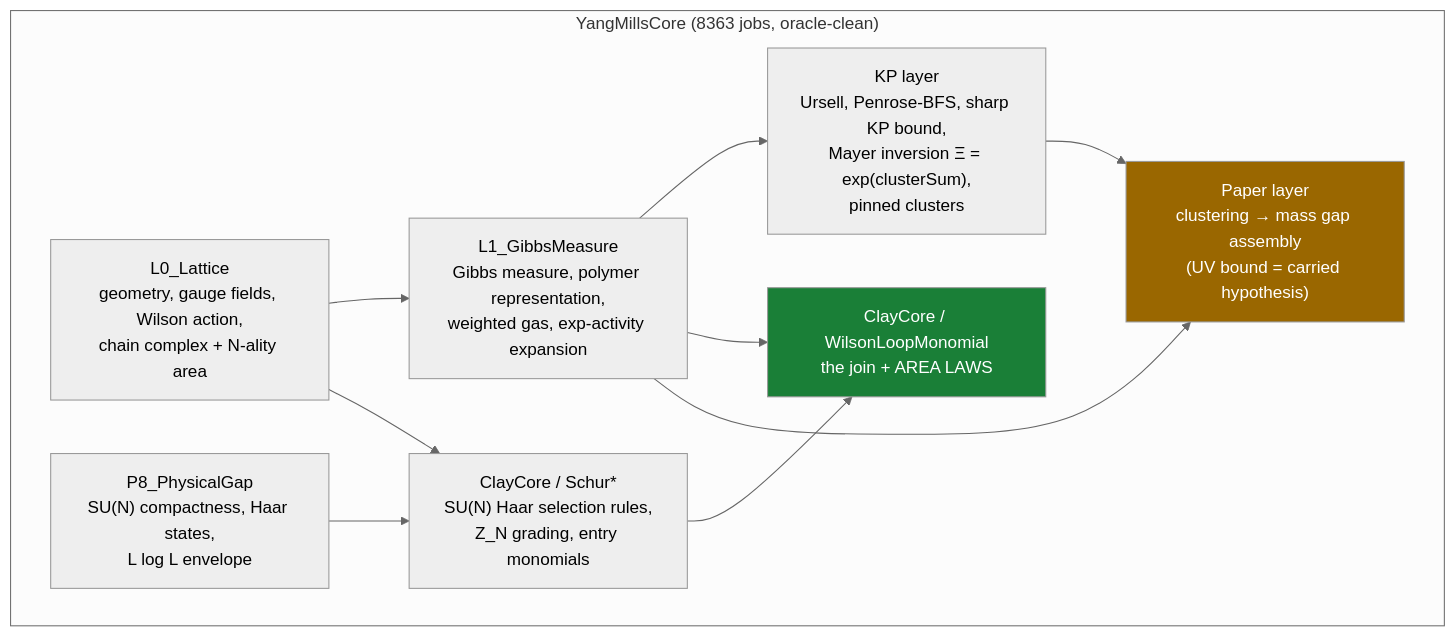
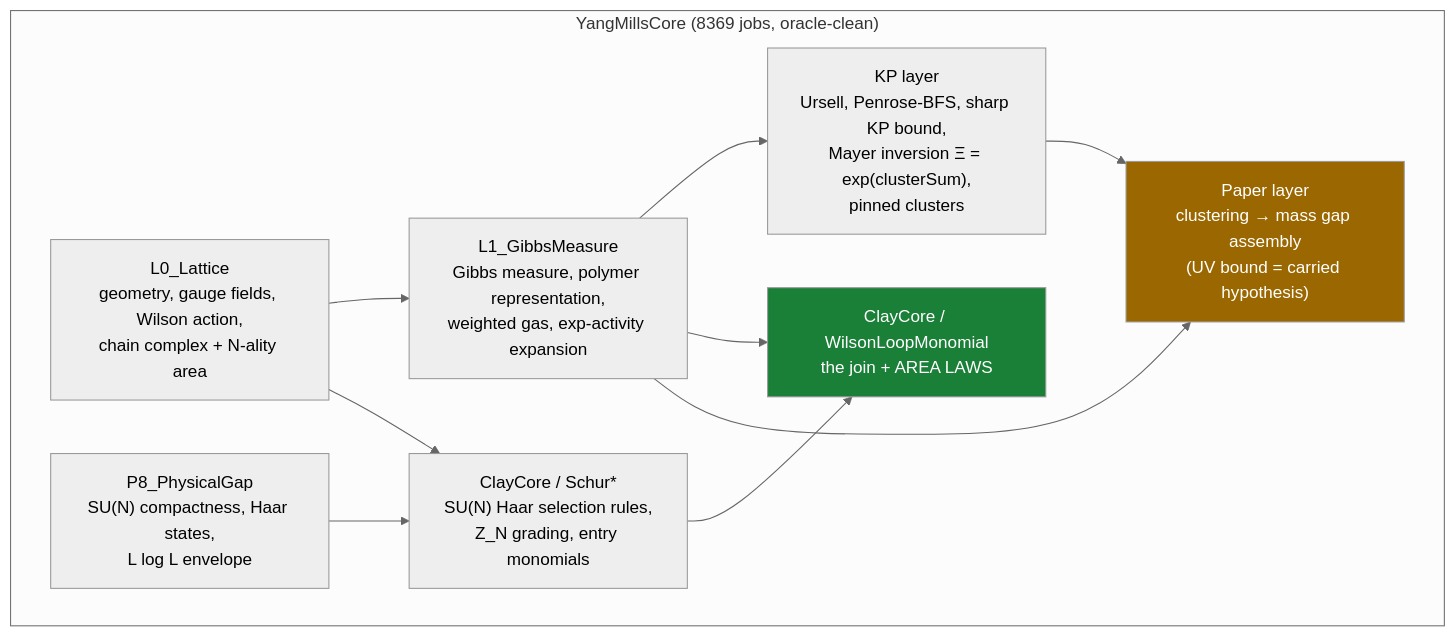
One commit to lluiseriksson/THE-ERIKSSON-PROGRAMME changed the diagram in README.md. Above: the diagram before and after it, drawn with Mermaid (neutral theme). The commit also changed other lines of this file and 14 other files, not shown here.

````diff
--- a/README.md
+++ b/README.md
@@ -319,20 +347,20 @@
 ```mermaid
 graph TD
-    subgraph core["YangMillsCore  (8363 jobs, oracle-clean)"]
+    subgraph core["YangMillsCore  (8369 jobs, oracle-clean)"]
         L0["L0_Lattice<br/>geometry, gauge fields, Wilson action,<br/>chain complex + N-ality area"]
         L1["L1_GibbsMeasure<br/>Gibbs measure, polymer representation,<br/>weighted gas, exp-activity expansion"]
         KP["KP layer<br/>Ursell, Penrose-BFS, sharp KP bound,<br/>Mayer inversion Ξ = exp(clusterSum),<br/>pinned clusters"]
         SCHUR["ClayCore / Schur*<br/>SU(N) Haar selection rules,<br/>Z_N grading, entry monomials"]
         WLM["ClayCore / WilsonLoopMonomial<br/>the join + AREA LAWS"]
         PAPER["Paper layer<br/>clustering → mass gap assembly<br/>(UV bound = carried hypothesis)"]
         P8["P8_PhysicalGap<br/>SU(N) compactness, Haar states,<br/>L log L envelope"]
     end
     L0 --> L1 --> KP
     L0 --> SCHUR --> WLM
     L1 --> WLM
     L1 --> PAPER
     KP --> PAPER
     P8 --> SCHUR
     style WLM fill:#1a7f37,color:#fff
     style PAPER fill:#9a6700,color:#fff
 ```
````
